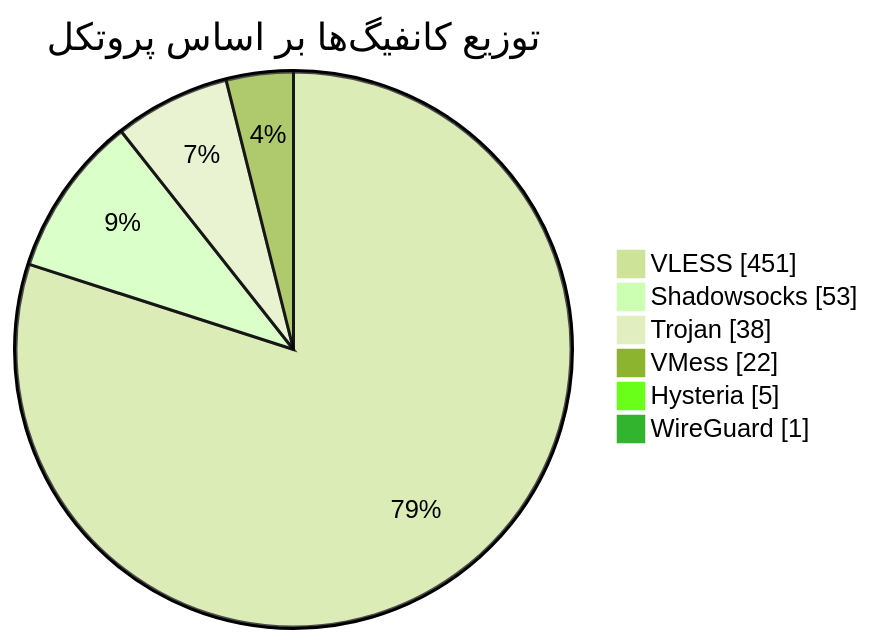
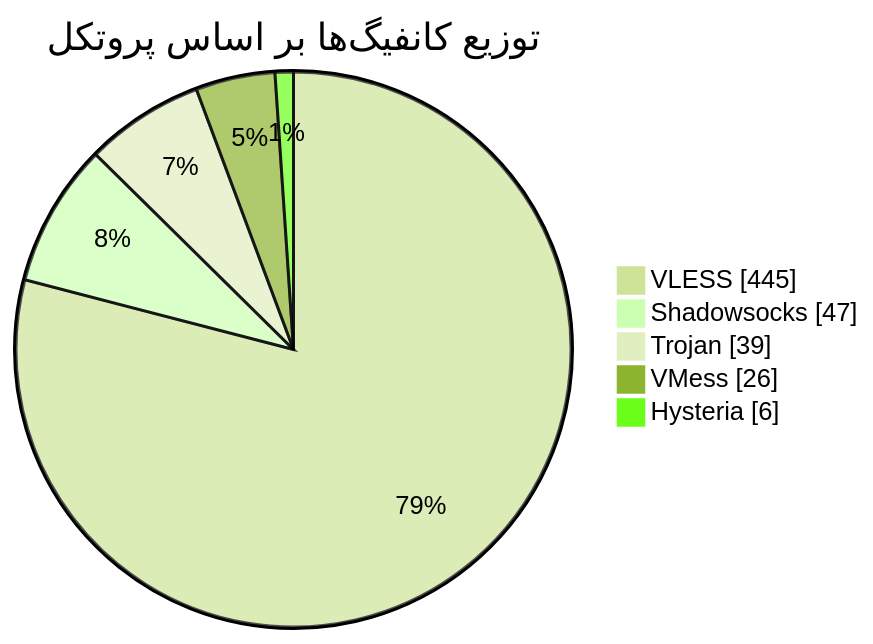
The diagram in README.md (Arian-Alijani/Somthing), drawn with Mermaid (forest theme) before and after one commit. The commit also changed other lines of this file and 79 other files, not shown here.

````diff
--- a/README.md
+++ b/README.md
@@ -48,10 +47,9 @@
 ```mermaid
 pie showData
     title توزیع کانفیگ‌ها بر اساس پروتکل
-    "VLESS" : 451
-    "Shadowsocks" : 53
-    "Trojan" : 38
-    "VMess" : 22
-    "Hysteria" : 5
-    "WireGuard" : 1
+    "VLESS" : 445
+    "Shadowsocks" : 47
+    "Trojan" : 39
+    "VMess" : 26
+    "Hysteria" : 6
 ```
````
